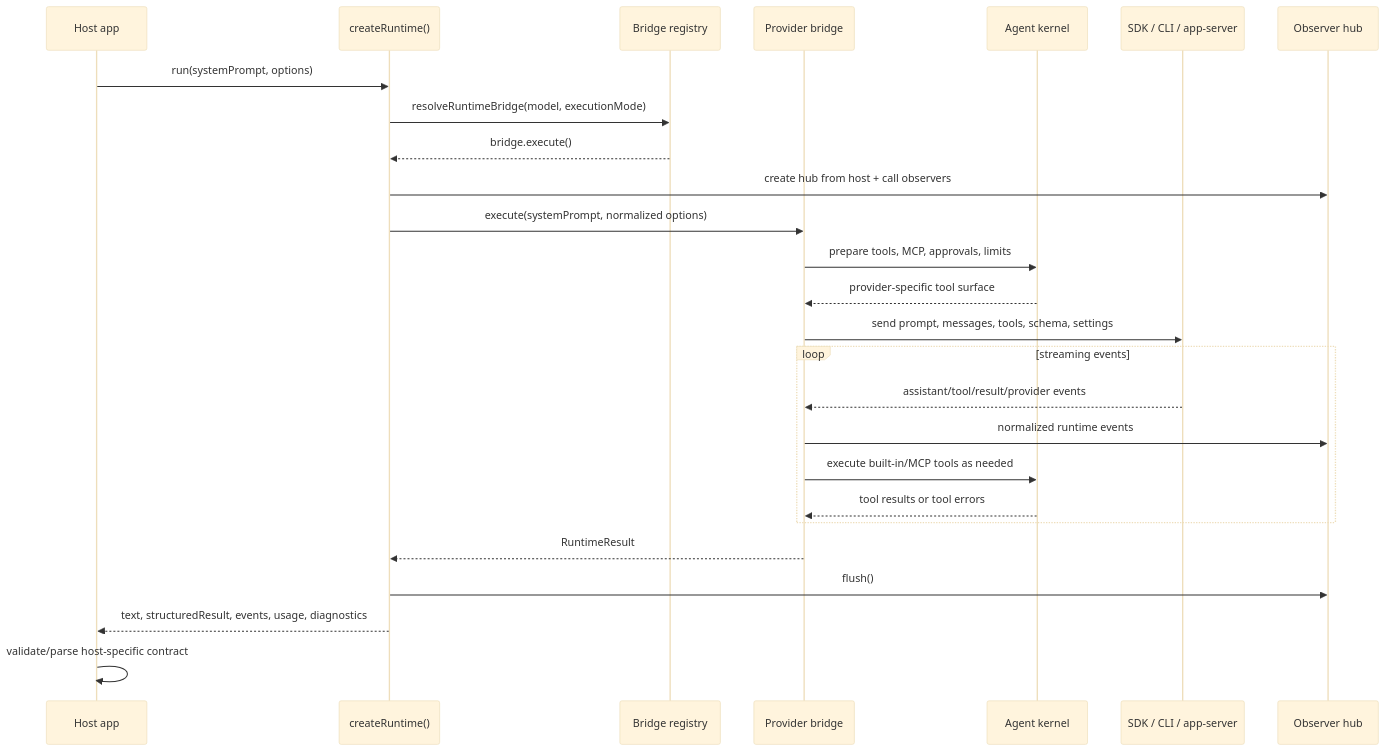
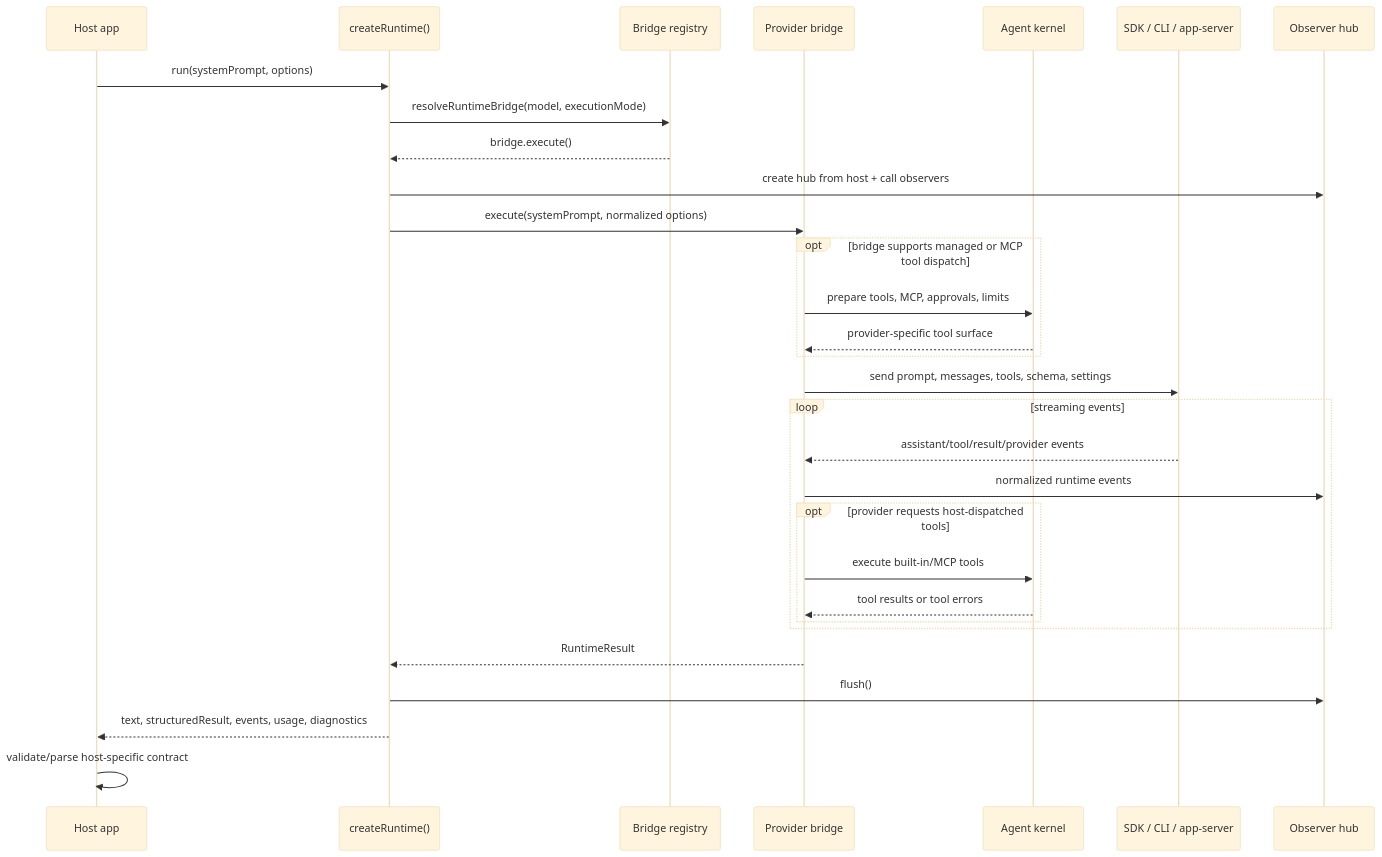
One commit to robertsreberski/mono-agent changed the third of 5 diagrams in packages/agent-runtime/ARCHITECTURE.md. Above: the diagram before and after it, drawn with Mermaid (base theme). The commit also changed other lines of this file and 156 other files, not shown here.

````diff
--- a/packages/agent-runtime/ARCHITECTURE.md
+++ b/packages/agent-runtime/ARCHITECTURE.md
@@ -92,32 +116,36 @@
 ```mermaid
 sequenceDiagram
   participant Host as Host app
   participant Runtime as createRuntime()
   participant Registry as Bridge registry
   participant Bridge as Provider bridge
   participant Kernel as Agent kernel
   participant Provider as SDK / CLI / app-server
   participant Observer as Observer hub
 
   Host->>Runtime: run(systemPrompt, options)
   Runtime->>Registry: resolveRuntimeBridge(model, executionMode)
   Registry-->>Runtime: bridge.execute()
   Runtime->>Observer: create hub from host + call observers
   Runtime->>Bridge: execute(systemPrompt, normalized options)
 
-  Bridge->>Kernel: prepare tools, MCP, approvals, limits
-  Kernel-->>Bridge: provider-specific tool surface
+  opt bridge supports managed or MCP tool dispatch
+    Bridge->>Kernel: prepare tools, MCP, approvals, limits
+    Kernel-->>Bridge: provider-specific tool surface
+  end
   Bridge->>Provider: send prompt, messages, tools, schema, settings
 
   loop streaming events
     Provider-->>Bridge: assistant/tool/result/provider events
     Bridge->>Observer: normalized runtime events
-    Bridge->>Kernel: execute built-in/MCP tools as needed
-    Kernel-->>Bridge: tool results or tool errors
+    opt provider requests host-dispatched tools
+      Bridge->>Kernel: execute built-in/MCP tools
+      Kernel-->>Bridge: tool results or tool errors
+    end
   end
 
   Bridge-->>Runtime: RuntimeResult
   Runtime->>Observer: flush()
   Runtime-->>Host: text, structuredResult, events, usage, diagnostics
   Host->>Host: validate/parse host-specific contract
 ```
````
